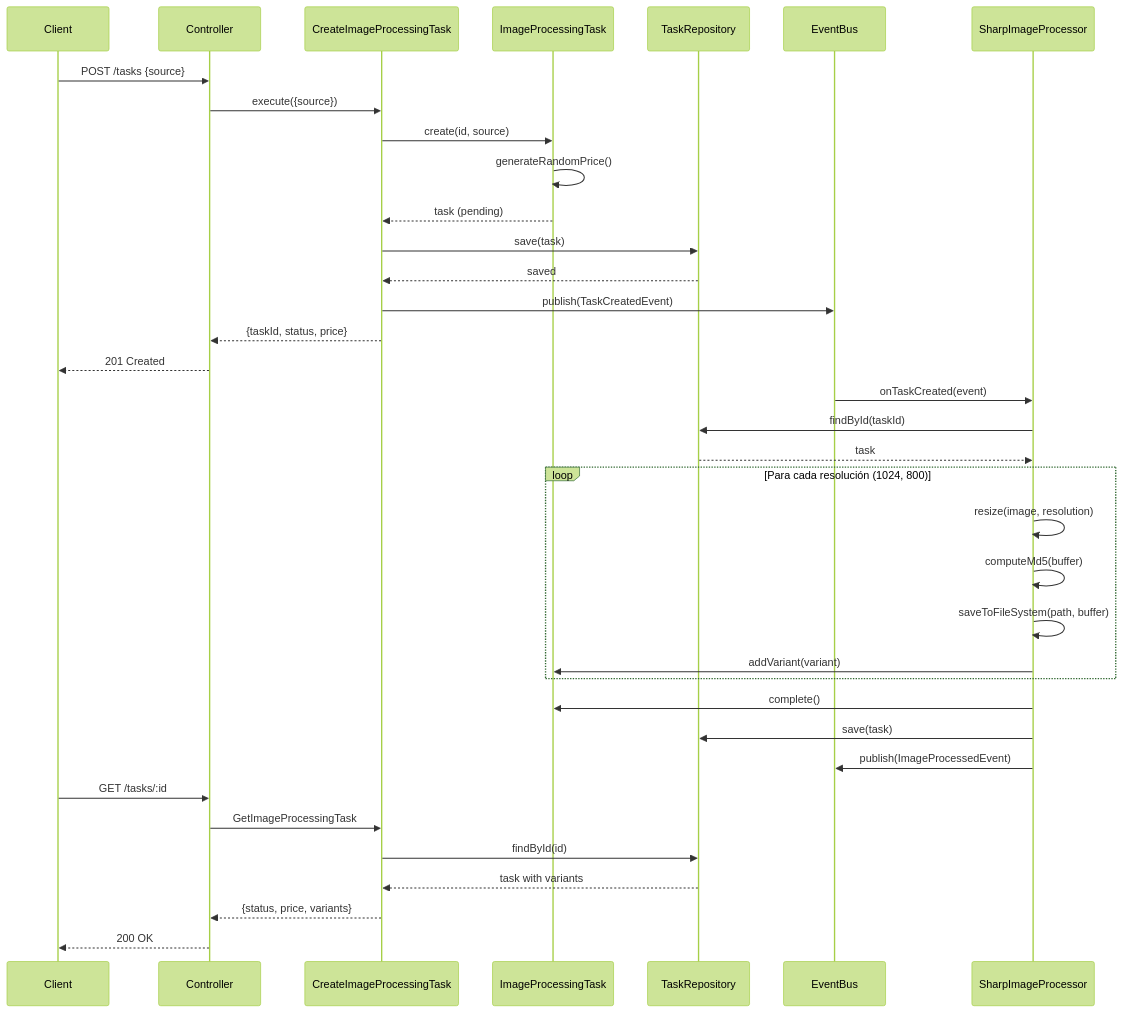
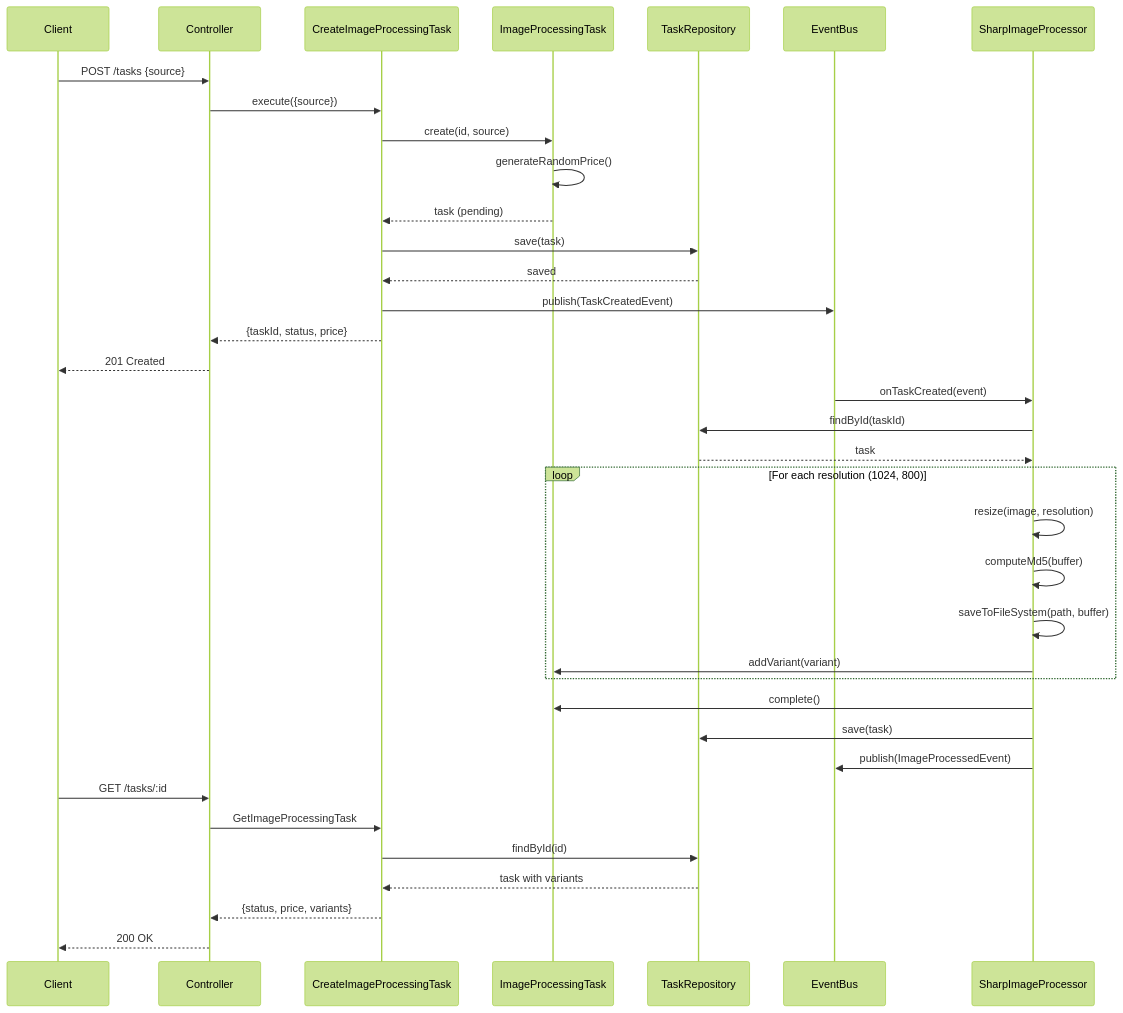
The third of 3 diagrams in README.md (smarcilla/hexagonal-image-service), drawn with Mermaid (forest theme) before and after one commit. The commit also changed other lines of this file, not shown here.

````diff
--- a/README.md
+++ b/README.md
@@ -182,43 +165,43 @@
 ```mermaid
 sequenceDiagram
     participant Client
     participant Controller
     participant UseCase as CreateImageProcessingTask
     participant Domain as ImageProcessingTask
     participant Repo as TaskRepository
     participant EventBus
     participant Processor as SharpImageProcessor
 
     Client->>Controller: POST /tasks {source}
     Controller->>UseCase: execute({source})
     UseCase->>Domain: create(id, source)
     Domain->>Domain: generateRandomPrice()
     Domain-->>UseCase: task (pending)
     UseCase->>Repo: save(task)
     Repo-->>UseCase: saved
     UseCase->>EventBus: publish(TaskCreatedEvent)
     UseCase-->>Controller: {taskId, status, price}
     Controller-->>Client: 201 Created
 
     EventBus->>Processor: onTaskCreated(event)
     Processor->>Repo: findById(taskId)
     Repo-->>Processor: task
 
-    loop Para cada resolución (1024, 800)
+    loop For each resolution (1024, 800)
         Processor->>Processor: resize(image, resolution)
         Processor->>Processor: computeMd5(buffer)
         Processor->>Processor: saveToFileSystem(path, buffer)
         Processor->>Domain: addVariant(variant)
     end
 
     Processor->>Domain: complete()
     Processor->>Repo: save(task)
     Processor->>EventBus: publish(ImageProcessedEvent)
 
     Client->>Controller: GET /tasks/:id
     Controller->>UseCase: GetImageProcessingTask
     UseCase->>Repo: findById(id)
     Repo-->>UseCase: task with variants
     UseCase-->>Controller: {status, price, variants}
     Controller-->>Client: 200 OK
 ```
````
